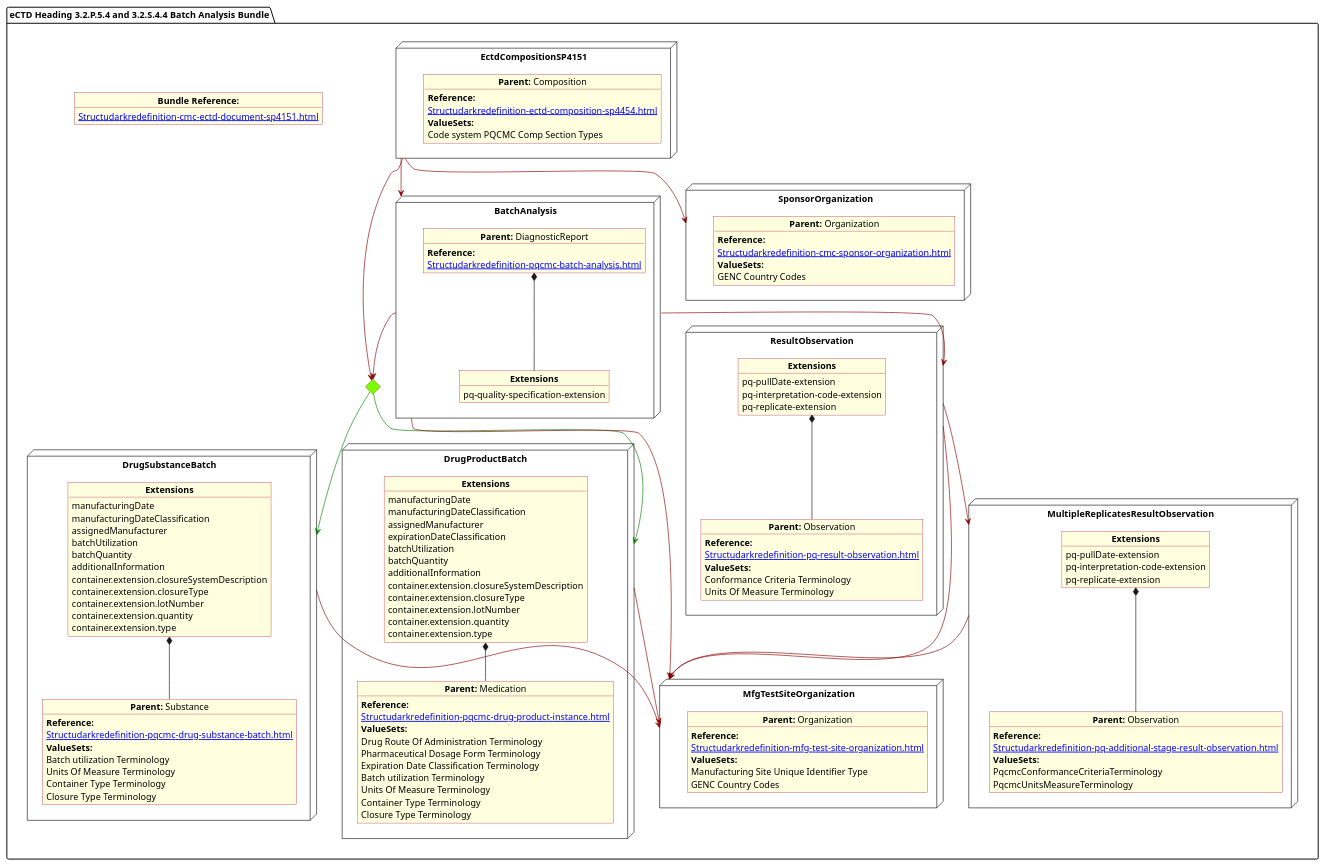
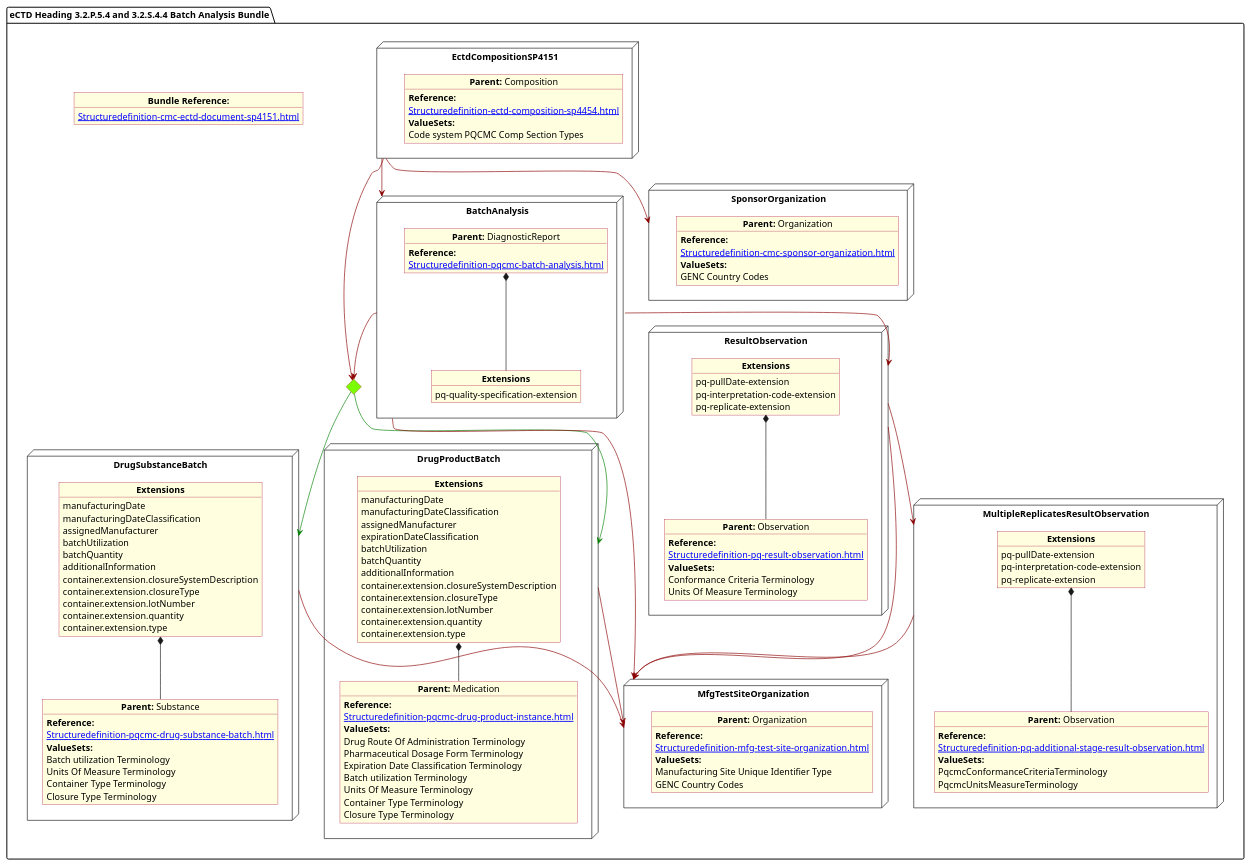
The diagram in input/images-source/BatchAnalysis.plantuml (HL7/FHIR-us-pq-cmc-fda), drawn with PlantUML before and after one commit. The commit also changed 13 other files, not shown here.

```diff
--- a/input/images-source/BatchAnalysis.plantuml
+++ b/input/images-source/BatchAnalysis.plantuml
@@ -1,159 +1,159 @@
 @startuml BatchAnalysis
 allowmixing
 'Mixed model of use case and object
 skinparam svgDimensionStyle false
 skinparam ObjectBackgroundColor LightYellow
 skinparam ObjectBorderColor #A80036
 skinparam activityDiamondBorderColor #A80036
 skinparam activityDiamondBackgroundColor lawnGreen
 skinparam ClassBorderThickness 4
 
 package "eCTD Heading 3.2.P.5.4 and 3.2.S.4.4 Batch Analysis Bundle" as NODES {
  
    object "**Bundle Reference:**" as objbun {
-              [[Structudarkredefinition-cmc-ectd-document-sp4151.html]]
+              [[Structuredefinition-cmc-ectd-document-sp4151.html]]
     }       
 
 
 node "DrugProductBatch" as NN { 
       object "**Parent:** Medication" as obj3 {
         **Reference:**
-      [[Structudarkredefinition-pqcmc-drug-product-instance.html]]
+      [[Structuredefinition-pqcmc-drug-product-instance.html]]
         **ValueSets:**
         Drug Route Of Administration Terminology
         Pharmaceutical Dosage Form Terminology
         Expiration Date Classification Terminology
         Batch utilization Terminology
         Units Of Measure Terminology 
         Container Type Terminology
         Closure Type Terminology        
       }
 
       object "**Extensions**" as objExsBatch  {
                 manufacturingDate
                 manufacturingDateClassification
                 assignedManufacturer
                 expirationDateClassification
                 batchUtilization
                 batchQuantity
                 additionalInformation
                 container.extension.closureSystemDescription
                 container.extension.closureType
                 container.extension.lotNumber
                 container.extension.quantity
                 container.extension.type 
 }
 objExsBatch *-- obj3 
 }
   node "BatchAnalysis" as N2 { 
       object "**Parent:** DiagnosticReport" as obj2 {
         **Reference:**
-      [[Structudarkredefinition-pqcmc-batch-analysis.html]]
+      [[Structuredefinition-pqcmc-batch-analysis.html]]
     }
         object "**Extensions**" as objQSEx {
         pq-quality-specification-extension
     }
     obj2 *-- objQSEx 
 }
 
 node "MfgTestSiteOrganization" as NMFG { 
       object "**Parent:** Organization" as objDP {
        **Reference:**
-      [[Structudarkredefinition-mfg-test-site-organization.html]]
+      [[Structuredefinition-mfg-test-site-organization.html]]
          **ValueSets:**
         Manufacturing Site Unique Identifier Type
 	    GENC Country Codes
     }
 }
 node "DrugSubstanceBatch" as NNS { 
       object "**Parent:** Substance" as obj4 {
         **Reference:**
-      [[Structudarkredefinition-pqcmc-drug-substance-batch.html]]
+      [[Structuredefinition-pqcmc-drug-substance-batch.html]]
                 **ValueSets:**
                 Batch utilization Terminology
                 Units Of Measure Terminology
                 Container Type Terminology
                 Closure Type Terminology
       }
   object "**Extensions**" as objExs2 {
           manufacturingDate
           manufacturingDateClassification
           assignedManufacturer
           batchUtilization
           batchQuantity
           additionalInformation
           container.extension.closureSystemDescription
           container.extension.closureType
           container.extension.lotNumber
           container.extension.quantity
           container.extension.type
     }
 
     objExs2 *-- obj4   
 }
 
 node "ResultObservation" as NNOBS { 
       object "**Parent:** Observation" as observ3 {
         **Reference:**
-      [[Structudarkredefinition-pq-result-observation.html]]
+      [[Structuredefinition-pq-result-observation.html]]
         **ValueSets:**
         Conformance Criteria Terminology
         Units Of Measure Terminology    
       }
       object "**Extensions**" as objExsObserv  {
             pq-pullDate-extension
             pq-interpretation-code-extension
             pq-replicate-extension
     }
         objExsObserv *-- observ3 
 }
 
 node "MultipleReplicatesResultObservation" as NNstage { 
       object "**Parent:** Observation" as observS {
         **Reference:**
-      [[Structudarkredefinition-pq-additional-stage-result-observation.html]]
+      [[Structuredefinition-pq-additional-stage-result-observation.html]]
         **ValueSets:**
  PqcmcConformanceCriteriaTerminology
  PqcmcUnitsMeasureTerminology
       }
       object "**Extensions**" as objExsStageObs  {
             pq-pullDate-extension
             pq-interpretation-code-extension
             pq-replicate-extension
      }  
         objExsStageObs *-- observS
 }
 
 node "EctdCompositionSP4151" as N1 { 
       object "**Parent:** Composition" as obj1 {
         **Reference:**
-      [[Structudarkredefinition-ectd-composition-sp4454.html]]
+      [[Structuredefinition-ectd-composition-sp4454.html]]
       **ValueSets:**
   Code system PQCMC Comp Section Types
     }
 }
 node "SponsorOrganization" as NSO { 
       object "**Parent:** Organization" as objAu {
         **Reference:**
-      [[Structudarkredefinition-cmc-sponsor-organization.html]]
+      [[Structuredefinition-cmc-sponsor-organization.html]]
         **ValueSets:**
         GENC Country Codes
     }
 }
  diamond CH
 
 N1 -[#darkred]-> CH
 N1 -[#darkred]-> N2
 N1 -[#darkred]-> NSO
 CH -[#green]-> NNS
 CH -[#green]-> NN
 NNS -[#darkred]-> NMFG
 NN -[#darkred]-> NMFG
 N2 -[#darkred]-> CH
 N2 -[#darkred]-> NMFG
 N2 -[#darkred]-> NNOBS
 NNOBS -[#darkred]-> NMFG
 NNOBS -[#darkred]-> NNstage
 NNstage -[#darkred]-> NMFG
 }
 @enduml
```
